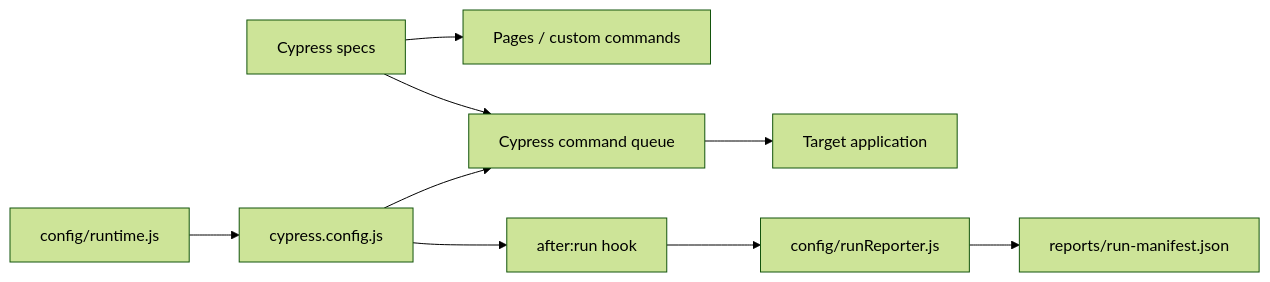
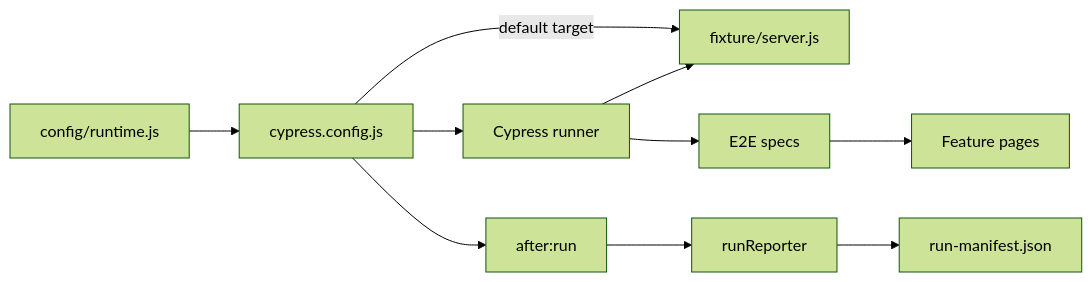
Before and after one commit to portyu9/qa-automation-ui-cypress: the diagram in docs/ARCHITECTURE.md, drawn with Mermaid (forest theme). The commit also changed other lines of this file and 12 other files, not shown here.

First line of the commit message:
Make Cypress CI deterministic with repository-owned fixture (#16)

````diff
--- a/docs/ARCHITECTURE.md
+++ b/docs/ARCHITECTURE.md
@@ -7,11 +7,12 @@
 ```mermaid
 flowchart LR
-    T[Cypress specs] --> P[Pages / custom commands]
-    T --> CY[Cypress command queue]
     CFG[config/runtime.js] --> CC[cypress.config.js]
-    CC --> CY
-    CY --> APP[Target application]
-    CC --> AR[after:run hook]
-    AR --> RR[config/runReporter.js]
-    RR --> M[reports/run-manifest.json]
+    CC --> CY[Cypress runner]
+    CC -->|default target| FX[fixture/server.js]
+    CY --> SPEC[E2E specs]
+    SPEC --> PAGE[Feature pages]
+    CY --> FX
+    CC --> RUN[after:run]
+    RUN --> REP[runReporter]
+    REP --> MAN[run-manifest.json]
 ```
````
